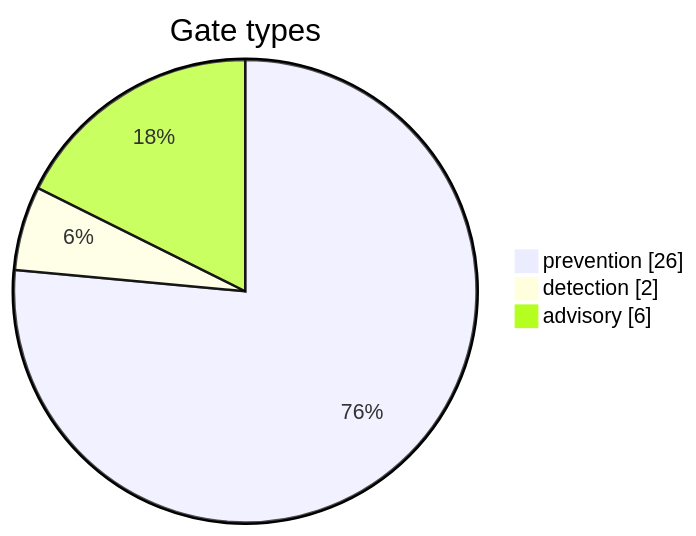
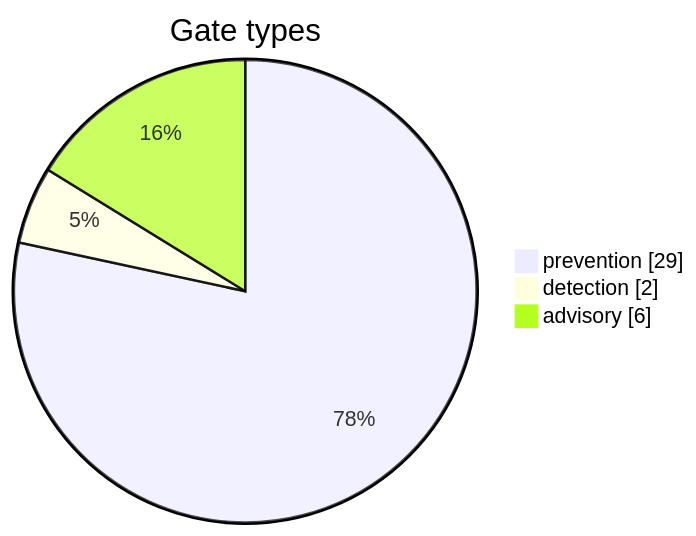
Before and after one commit to Yos-K/gatecrate: the first of 4 diagrams in docs/harness-status.md, drawn with Mermaid. The commit also changed other lines of this file and 1 other file, not shown here.

````diff
--- a/docs/harness-status.md
+++ b/docs/harness-status.md
@@ -22,7 +22,7 @@
 ```mermaid
 pie showData
     title Gate types
-    "prevention" : 26
+    "prevention" : 29
     "detection" : 2
     "advisory" : 6
 ```
````
